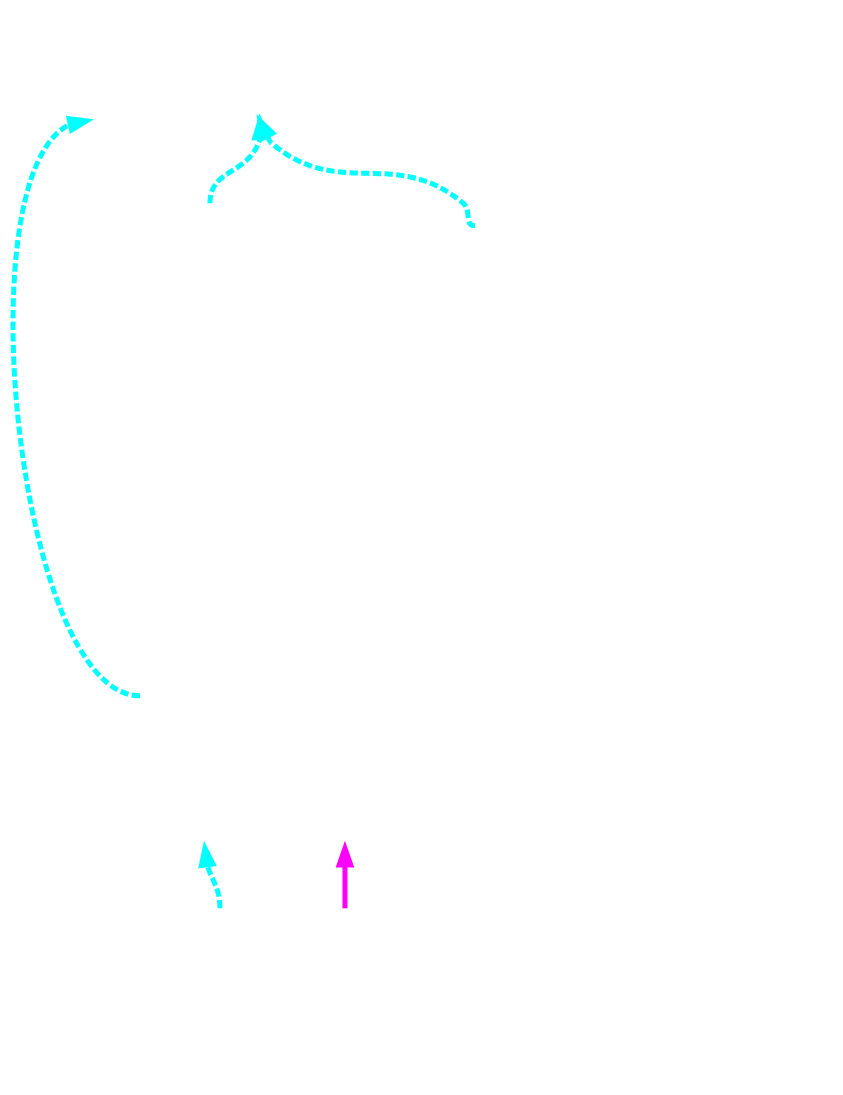
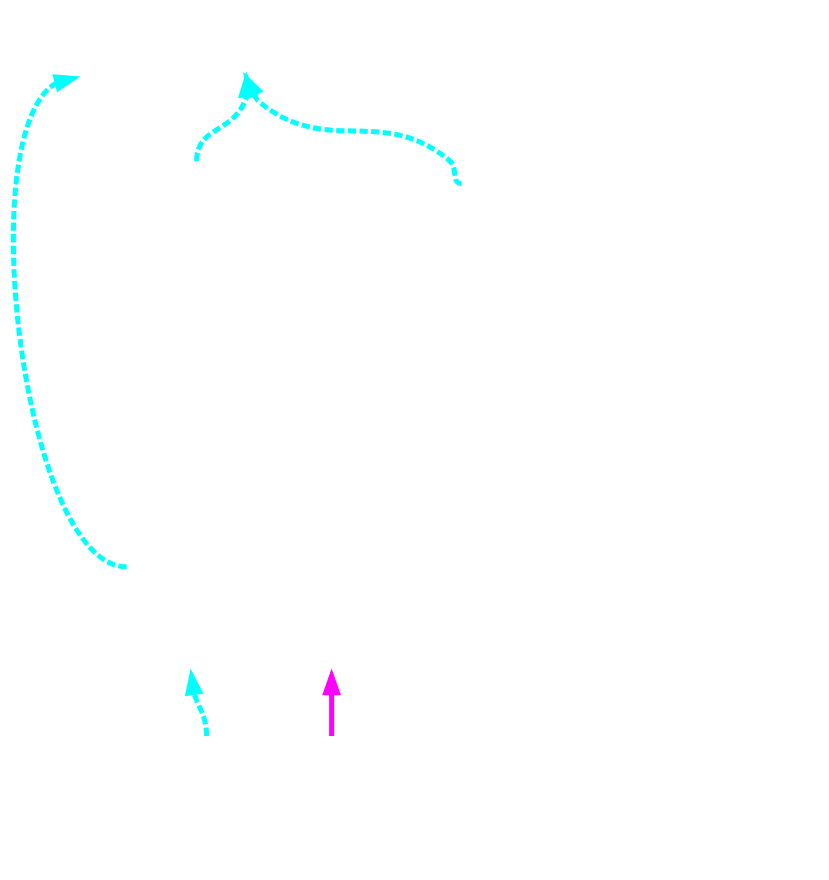
Before and after one commit to frasercrmck/llvm-leg: the diagram in docs/Codeplay/examples/ex1b/ex1b-post-isel.dot, drawn with Graphviz. The commit also changed 3 other files, not shown here.

```diff
--- a/docs/Codeplay/examples/ex1b/ex1b-post-isel.dot
+++ b/docs/Codeplay/examples/ex1b/ex1b-post-isel.dot
@@ -1,26 +1,26 @@
 digraph "scheduler input for foo:" {
 	rankdir="BT";
 	bgcolor="transparent";
 
-	Node0x3f8a010 [shape=record,shape=Mrecord,label="{EntryToken|0x3f8a010|{<d0>ch}}", penwidth=3,color="white",fontname="Calibri",fontsize=16,fontcolor="white"];
-	Node0x3fb3e50 [shape=record,shape=Mrecord,label="{Register %vreg0|0x3fb3e50|{<d0>i32}}", penwidth=3,color="white",fontname="Calibri",fontsize=16,fontcolor="white"];
-	Node0x3fb4060 [shape=record,shape=Mrecord,label="{Register %vreg1|0x3fb4060|{<d0>i32}}", penwidth=3,color="white",fontname="Calibri",fontsize=16,fontcolor="white"];
-	Node0x3fb4378 [shape=record,shape=Mrecord,label="{Register %R0|0x3fb4378|{<d0>i32}}", penwidth=3,color="white",fontname="Calibri",fontsize=16,fontcolor="white"];
-	Node0x3fb3f58 [shape=record,shape=Mrecord,label="{{<s0>0|<s1>1}|CopyFromReg [ORD=1]|0x3fb3f58|{<d0>i32|<d1>ch}}", penwidth=3,color="white",fontname="Calibri",fontsize=16,fontcolor="white"];
+	Node0x3f8a010 [shape=record,shape=Mrecord,label="{EntryToken|{<d0>ch}}", penwidth=3,color="white",fontname="Calibri",fontsize=16,fontcolor="white"];
+	Node0x3fb3e50 [shape=record,shape=Mrecord,label="{Register %vreg0|{<d0>i32}}", penwidth=3,color="white",fontname="Calibri",fontsize=16,fontcolor="white"];
+	Node0x3fb4060 [shape=record,shape=Mrecord,label="{Register %vreg1|{<d0>i32}}", penwidth=3,color="white",fontname="Calibri",fontsize=16,fontcolor="white"];
+	Node0x3fb4378 [shape=record,shape=Mrecord,label="{Register %R0|{<d0>i32}}", penwidth=3,color="white",fontname="Calibri",fontsize=16,fontcolor="white"];
+	Node0x3fb3f58 [shape=record,shape=Mrecord,label="{{<s0>0|<s1>1}|CopyFromReg [ORD=1]|{<d0>i32|<d1>ch}}", penwidth=3,color="white",fontname="Calibri",fontsize=16,fontcolor="white"];
 	Node0x3fb3f58:s0 -> Node0x3f8a010:d0[style=dashed, penwidth=3,color="cyan",fontname="Calibri",fontsize=16,fontcolor="white"];
 	Node0x3fb3f58:s1 -> Node0x3fb3e50:d0[penwidth=3,color="white",fontname="Calibri",fontsize=16,fontcolor="white"];
-	Node0x3fb4168 [shape=record,shape=Mrecord,label="{{<s0>0|<s1>1}|CopyFromReg [ORD=1]|0x3fb4168|{<d0>i32|<d1>ch}}", penwidth=3,color="white",fontname="Calibri",fontsize=16,fontcolor="white"];
+	Node0x3fb4168 [shape=record,shape=Mrecord,label="{{<s0>0|<s1>1}|CopyFromReg [ORD=1]|{<d0>i32|<d1>ch}}", penwidth=3,color="white",fontname="Calibri",fontsize=16,fontcolor="white"];
 	Node0x3fb4168:s0 -> Node0x3f8a010:d0[style=dashed, penwidth=3,color="cyan",fontname="Calibri",fontsize=16,fontcolor="white"];
 	Node0x3fb4168:s1 -> Node0x3fb4060:d0[penwidth=3,color="white",fontname="Calibri",fontsize=16,fontcolor="white"];
-	Node0x3fb4270 [shape=record,shape=Mrecord,label="{{<s0>0|<s1>1}|ADDrr [ORD=2]|0x3fb4270|{<d0>i32}}", penwidth=3,color="white",fontname="Calibri",fontsize=16,fontcolor="white"];
+	Node0x3fb4270 [shape=record,shape=Mrecord,label="{{<s0>0|<s1>1}|ADDrr [ORD=2]|{<d0>i32}}", penwidth=3,color="white",fontname="Calibri",fontsize=16,fontcolor="white"];
 	Node0x3fb4270:s0 -> Node0x3fb3f58:d0[penwidth=3,color="white",fontname="Calibri",fontsize=16,fontcolor="white"];
 	Node0x3fb4270:s1 -> Node0x3fb4168:d0[penwidth=3,color="white",fontname="Calibri",fontsize=16,fontcolor="white"];
-	Node0x3fb4480 [shape=record,shape=Mrecord,label="{{<s0>0|<s1>2|<s2>1}|CopyToReg [ORD=3]|0x3fb4480|{<d0>ch|<d1>glue}}", penwidth=3,color="white",fontname="Calibri",fontsize=16,fontcolor="white"];
+	Node0x3fb4480 [shape=record,shape=Mrecord,label="{{<s0>0|<s1>2|<s2>1}|CopyToReg [ORD=3]|{<d0>ch|<d1>glue}}", penwidth=3,color="white",fontname="Calibri",fontsize=16,fontcolor="white"];
 	Node0x3fb4480:s0 -> Node0x3f8a010:d0[style=dashed, penwidth=3,color="cyan",fontname="Calibri",fontsize=16,fontcolor="white"];
 	Node0x3fb4480:s2 -> Node0x3fb4378:d0[penwidth=3,color="white",fontname="Calibri",fontsize=16,fontcolor="white"];
 	Node0x3fb4480:s1 -> Node0x3fb4270:d0[penwidth=3,color="white",fontname="Calibri",fontsize=16,fontcolor="white"];
-	Node0x3fb4588 [shape=record,shape=Mrecord,label="{{<s0>1|<s1>0|<s2>2}|RET [ORD=3]|0x3fb4588|{<d0>ch}}", penwidth=3,color="white",fontname="Calibri",fontsize=16,fontcolor="white"];
+	Node0x3fb4588 [shape=record,shape=Mrecord,label="{{<s0>1|<s1>0|<s2>2}|RET [ORD=3]|{<d0>ch}}", penwidth=3,color="white",fontname="Calibri",fontsize=16,fontcolor="white"];
 	Node0x3fb4588:s1 -> Node0x3fb4378:d0[penwidth=3,color="white",fontname="Calibri",fontsize=16,fontcolor="white"];
 	Node0x3fb4588:s0 -> Node0x3fb4480:d0[style=dashed, penwidth=3,color="cyan",fontname="Calibri",fontsize=16,fontcolor="white"];
 	Node0x3fb4588:s2 -> Node0x3fb4480:d1[style=bold, penwidth=3,color="magenta",fontname="Calibri",fontsize=16,fontcolor="white"];
 }
```
